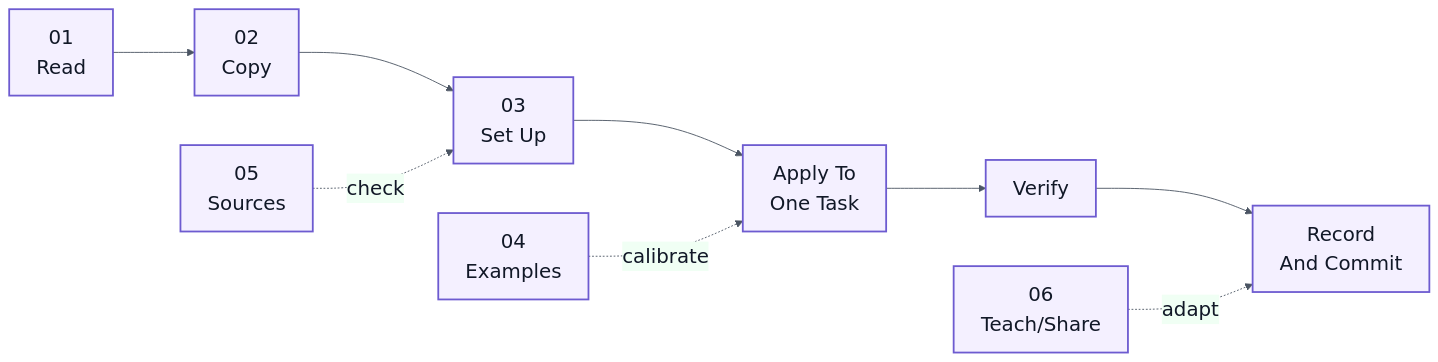
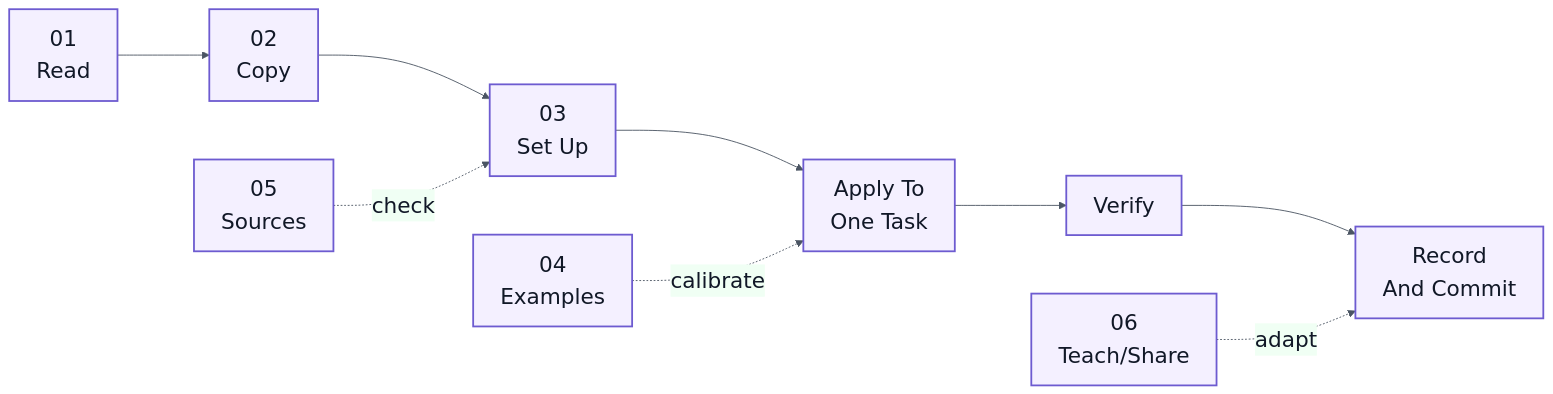
Before and after one commit to SuperJayLiu/AI-for-Economics-and-Finance-Research: the first of 3 diagrams in README.md, drawn with Mermaid. The commit also changed other lines of this file and 28 other files, not shown here.

````diff
--- a/README.md
+++ b/README.md
@@ -67,22 +90,22 @@
 ```mermaid
-%%{init: {"theme": "base", "flowchart": {"htmlLabels": true, "nodeSpacing": 55, "rankSpacing": 75}, "themeVariables": {"fontSize": "22px", "fontFamily": "Arial", "primaryColor": "#F4F0FF", "primaryBorderColor": "#6D5BD0", "primaryTextColor": "#111827", "lineColor": "#4B5563"}}}%%
+%%{init: {"theme": "base", "flowchart": {"htmlLabels": true, "nodeSpacing": 65, "rankSpacing": 85}, "themeVariables": {"fontSize": "24px", "fontFamily": "Arial", "primaryColor": "#F4F0FF", "primaryBorderColor": "#6D5BD0", "primaryTextColor": "#111827", "lineColor": "#4B5563"}}}%%
 flowchart LR
   A["01<br/>Read"] --> B["02<br/>Copy"]
   B --> C["03<br/>Set Up"]
   C --> D["Apply To<br/>One Task"]
   D --> E["Verify"]
   E --> F["Record<br/>And Commit"]
   G["04<br/>Examples"] -. "calibrate" .-> D
   H["05<br/>Sources"] -. "check" .-> C
   T["06<br/>Teach/Share"] -. "adapt" .-> F
 
-  classDef big fill:#F4F0FF,stroke:#6D5BD0,stroke-width:2px,color:#111827,font-size:22px;
+  classDef big fill:#F4F0FF,stroke:#6D5BD0,stroke-width:2px,color:#111827,font-size:24px;
   class A,B,C,D,E,F,G,H,T big;
 
   click A "01-Start-Here-to-Learn-AI-for-Econ-Finance-Research/README.md" "Open the handbook"
   click B "02-Copy-and-Use-AI-Research-Instructions-and-Templates/README.md" "Open copy-ready skills"
   click C "03-Set-Up-Agents-and-Automated-Research-Workflows/README.md" "Open setup workflows"
   click G "04-See-Examples-Diagrams-and-Failure-Cases/README.md" "Open examples"
   click H "05-Check-Builders-Official-Docs-and-Resources/README.md" "Open sources"
   click T "06-Teach-Workshops-Practice-Talks-and-Share-Slides/README.md" "Open teaching materials"
 ```
````
